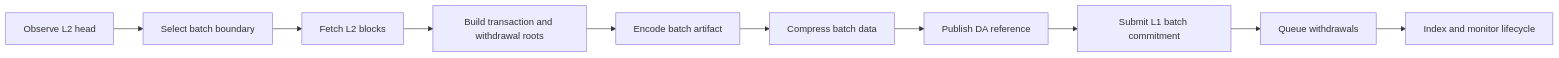
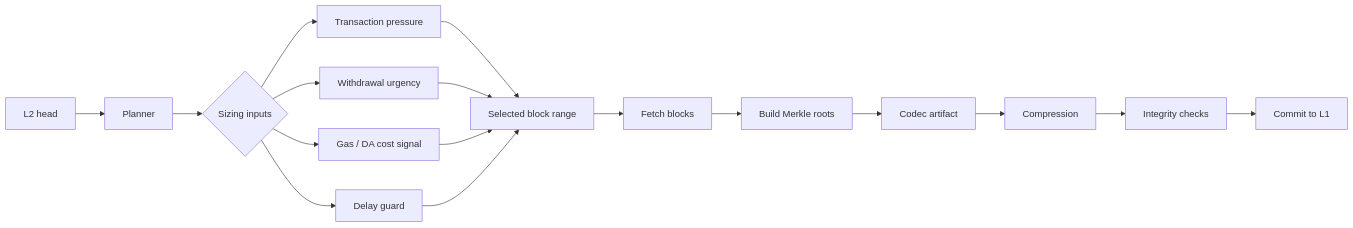
The third of 8 diagrams in docs/ARCHITECTURE.md (TeQoin-Blockchain/TeQoin-l2), drawn with Mermaid before and after one commit. The commit also changed other lines of this file and 2 other files, not shown here.

Commit message:
docs(readme): polish architecture visuals

````diff
--- a/docs/ARCHITECTURE.md
+++ b/docs/ARCHITECTURE.md
@@ -111,12 +143,19 @@
 ```mermaid
 flowchart LR
-  A[Observe L2 head] --> B[Select batch boundary]
-  B --> C[Fetch L2 blocks]
-  C --> D[Build transaction and withdrawal roots]
-  D --> E[Encode batch artifact]
-  E --> F[Compress batch data]
-  F --> G[Publish DA reference]
-  G --> H[Submit L1 batch commitment]
-  H --> I[Queue withdrawals]
-  I --> J[Index and monitor lifecycle]
+  H[L2 head] --> P[Planner]
+  P --> S{Sizing inputs}
+  S --> T[Transaction pressure]
+  S --> W[Withdrawal urgency]
+  S --> G[Gas / DA cost signal]
+  S --> D[Delay guard]
+  T --> R[Selected block range]
+  W --> R
+  G --> R
+  D --> R
+  R --> B[Fetch blocks]
+  B --> M[Build Merkle roots]
+  M --> C[Codec artifact]
+  C --> Z[Compression]
+  Z --> I[Integrity checks]
+  I --> L1[Commit to L1]
 ```
````
